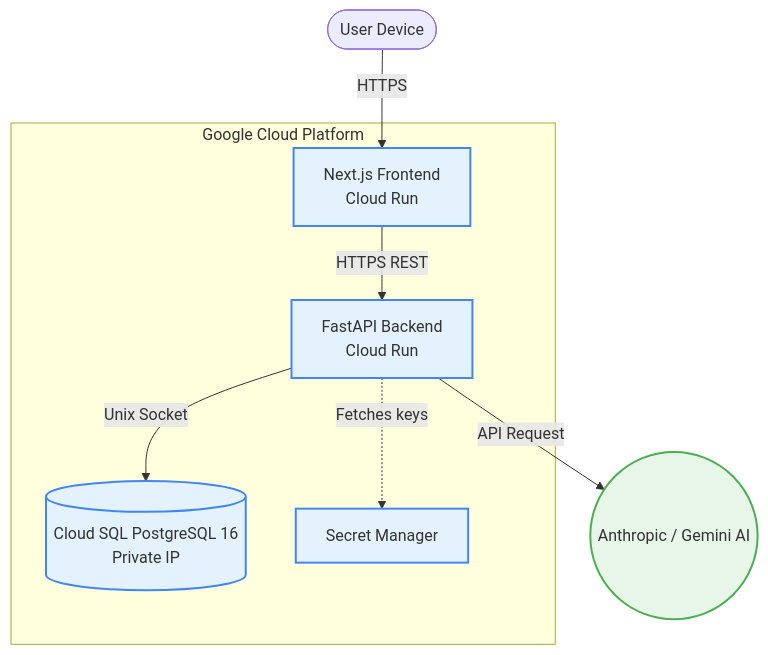
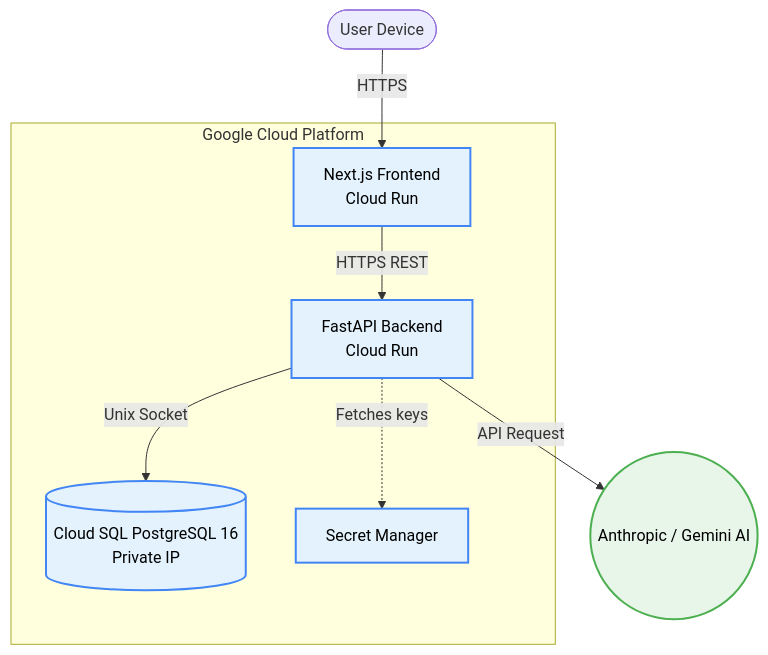
Before and after one commit to arsalannkhann/AppointmentBooking: the first of 2 diagrams in README.md, drawn with Mermaid. The commit also changed other lines of this file, not shown here.

Commit message:
docs: Fix mermaid syntax rendering engine errors on GitHub

````diff
--- a/README.md
+++ b/README.md
@@ -21,17 +21,24 @@
 ```mermaid
 flowchart TB
-    User([User Device]) -->|HTTPS| Frontend
-
-    subgraph "Google Cloud Platform"
-        Frontend[Next.js Frontend\nCloud Run] -->|HTTPS REST| Backend
-        Backend[FastAPI Backend\nCloud Run] -- "Unix Socket" --> Database[(Cloud SQL PostgreSQL 16\nPrivate IP)]
-        Backend -. "Fetches keys" .-> Secrets[Secret Manager]
+    User([User Device])
+    
+    subgraph GCP [Google Cloud Platform]
+        Frontend[Next.js Frontend<br/>Cloud Run]
+        Backend[FastAPI Backend<br/>Cloud Run]
+        Database[(Cloud SQL PostgreSQL 16<br/>Private IP)]
+        Secrets[Secret Manager]
     end
     
-    Backend -->|API Request| AI((Anthropic / Gemini AI))
+    AI((Anthropic / Gemini AI))
 
-    classDef gcp fill:#e3f2fd,stroke:#4285f4,stroke-width:2px;
-    classDef target fill:#e8f5e9,stroke:#4caf50,stroke-width:2px;
+    User -->|HTTPS| Frontend
+    Frontend -->|HTTPS REST| Backend
+    Backend -->|Unix Socket| Database
+    Backend -.->|Fetches keys| Secrets
+    Backend -->|API Request| AI
+
+    classDef gcp fill:#e3f2fd,stroke:#4285f4,stroke-width:2px,color:#000;
+    classDef target fill:#e8f5e9,stroke:#4caf50,stroke-width:2px,color:#000;
     class Frontend,Backend,Database,Secrets gcp;
     class AI target;
 ```
````
